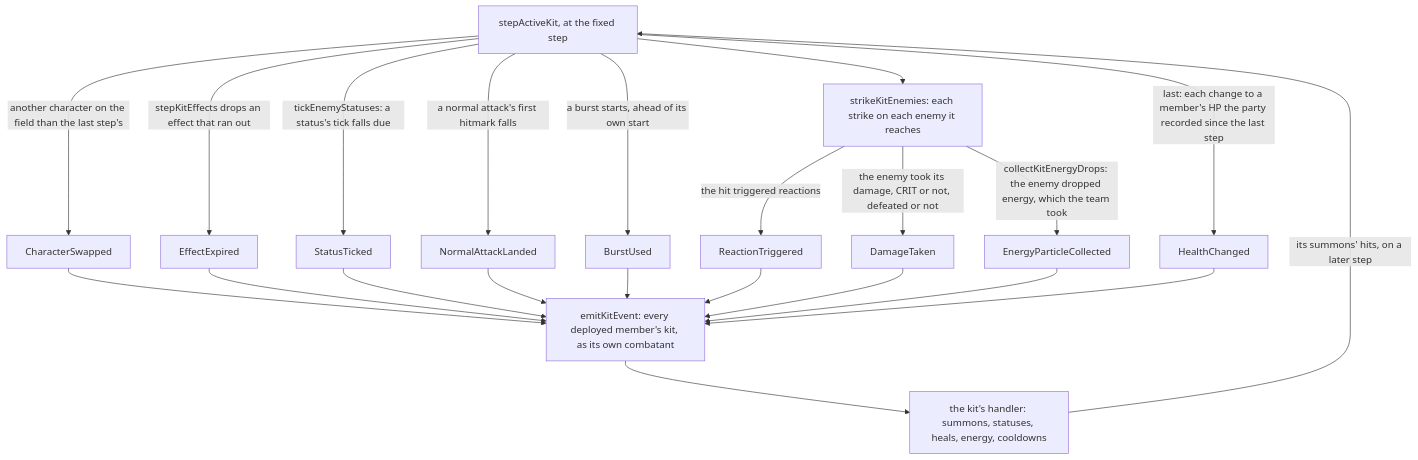
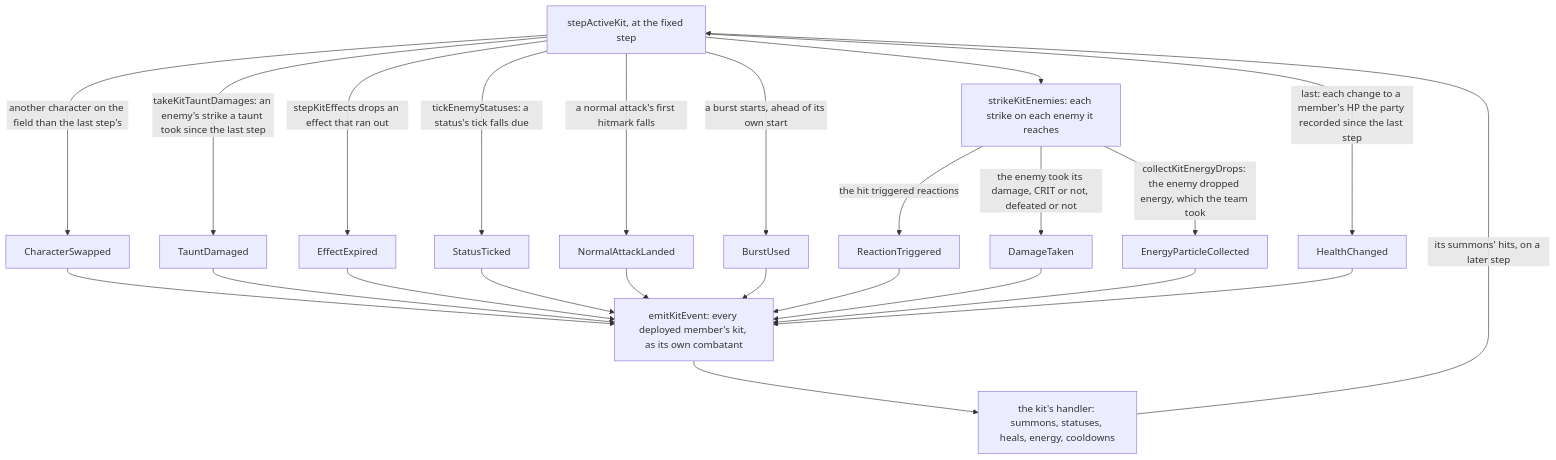
Before and after one commit to Esposter/Esposter: the third of 3 diagrams in apps/web/content/docs/genshin/kits/index.md, drawn with Mermaid. The commit also changed other lines of this file and 18 other files, not shown here.

First line of the commit message:
feat(genshin-world): a taunt's damage is a kit event, and a taunt's explosion is optional, so Ushi gives Itto a stack as an enemy's strike damages it, once every 2 seconds, and leaves without exploding

````diff
--- a/apps/web/content/docs/genshin/kits/index.md
+++ b/apps/web/content/docs/genshin/kits/index.md
@@ -70,24 +70,26 @@
 ```mermaid
 flowchart TD
   STEP["stepActiveKit, at the fixed step"] -->|"another character on the field than the last step's"| SWAP["CharacterSwapped"]
+  STEP -->|"takeKitTauntDamages: an enemy's strike a taunt took since the last step"| TAUNT["TauntDamaged"]
   STEP -->|"stepKitEffects drops an effect that ran out"| EXPIRED["EffectExpired"]
   STEP -->|"tickEnemyStatuses: a status's tick falls due"| TICK["StatusTicked"]
   STEP -->|"a normal attack's first hitmark falls"| LANDED["NormalAttackLanded"]
   STEP -->|"a burst starts, ahead of its own start"| BURST["BurstUsed"]
   STEP --> STRIKES["strikeKitEnemies: each strike on each enemy it reaches"]
   STRIKES -->|"the hit triggered reactions"| REACTION["ReactionTriggered"]
   STRIKES -->|"the enemy took its damage, CRIT or not, defeated or not"| DAMAGE["DamageTaken"]
   STRIKES -->|"collectKitEnergyDrops: the enemy dropped energy, which the team took"| PARTICLE["EnergyParticleCollected"]
   STEP -->|"last: each change to a member's HP the party recorded since the last step"| HEALTH["HealthChanged"]
   SWAP --> EMIT["emitKitEvent: every deployed member's kit, as its own combatant"]
+  TAUNT --> EMIT
   EXPIRED --> EMIT
   TICK --> EMIT
   LANDED --> EMIT
   BURST --> EMIT
   REACTION --> EMIT
   DAMAGE --> EMIT
   PARTICLE --> EMIT
   HEALTH --> EMIT
   EMIT --> EFFECTS["the kit's handler: summons, statuses, heals, energy, cooldowns"]
   EFFECTS -->|"its summons' hits, on a later step"| STEP
 ```
````
